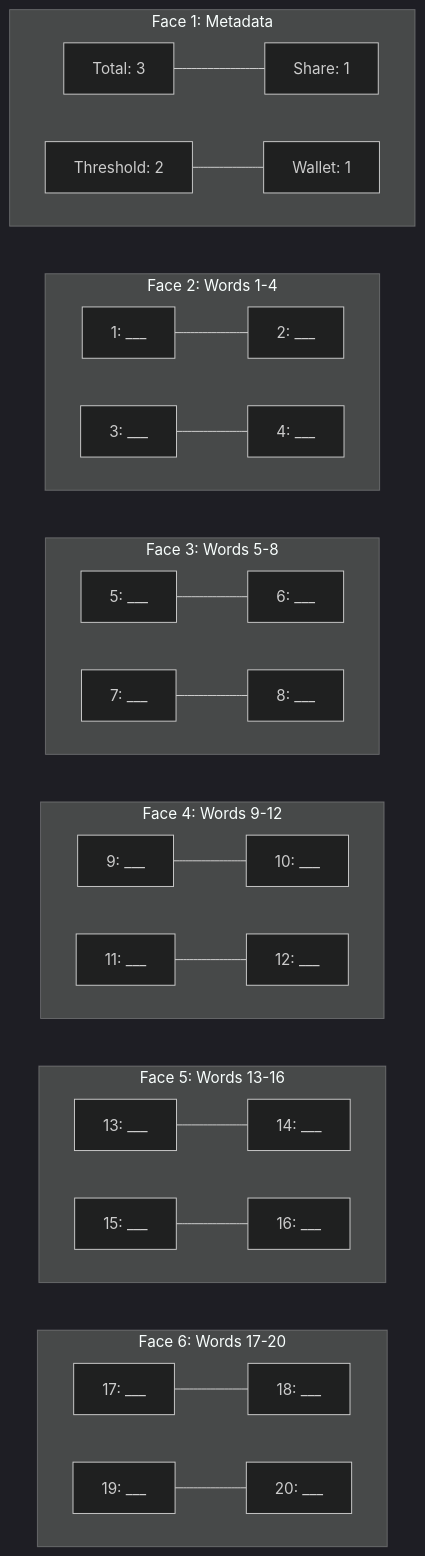
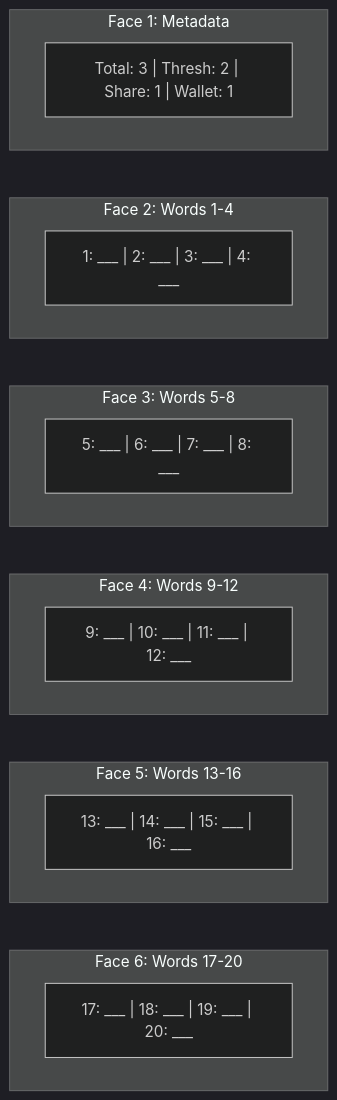
Before and after one commit to alkalescent/interstellar: the diagram in README.md, drawn with Mermaid (dark theme). The commit also changed other lines of this file, not shown here.

````diff
--- a/README.md
+++ b/README.md
@@ -383,34 +383,22 @@
 ```mermaid
 flowchart TB
     subgraph Face1["Face 1: Metadata"]
-        direction LR
-        A1["Total: 3"] --- A2["Share: 1"]
-        A3["Threshold: 2"] --- A4["Wallet: 1"]
+        A["Total: 3 | Thresh: 2 | Share: 1 | Wallet: 1"]
     end
     subgraph Face2["Face 2: Words 1-4"]
-        direction LR
-        B1["1: ___"] --- B2["2: ___"]
-        B3["3: ___"] --- B4["4: ___"]
+        B["1: ___ | 2: ___ | 3: ___ | 4: ___"]
     end
     subgraph Face3["Face 3: Words 5-8"]
-        direction LR
-        C1["5: ___"] --- C2["6: ___"]
-        C3["7: ___"] --- C4["8: ___"]
+        C["5: ___ | 6: ___ | 7: ___ | 8: ___"]
     end
     subgraph Face4["Face 4: Words 9-12"]
-        direction LR
-        D1["9: ___"] --- D2["10: ___"]
-        D3["11: ___"] --- D4["12: ___"]
+        D["9: ___ | 10: ___ | 11: ___ | 12: ___"]
     end
     subgraph Face5["Face 5: Words 13-16"]
-        direction LR
-        E1["13: ___"] --- E2["14: ___"]
-        E3["15: ___"] --- E4["16: ___"]
+        E["13: ___ | 14: ___ | 15: ___ | 16: ___"]
     end
     subgraph Face6["Face 6: Words 17-20"]
-        direction LR
-        F1["17: ___"] --- F2["18: ___"]
-        F3["19: ___"] --- F4["20: ___"]
+        F["17: ___ | 18: ___ | 19: ___ | 20: ___"]
     end
     Face1 ~~~ Face2 ~~~ Face3 ~~~ Face4 ~~~ Face5 ~~~ Face6
 ```
````
